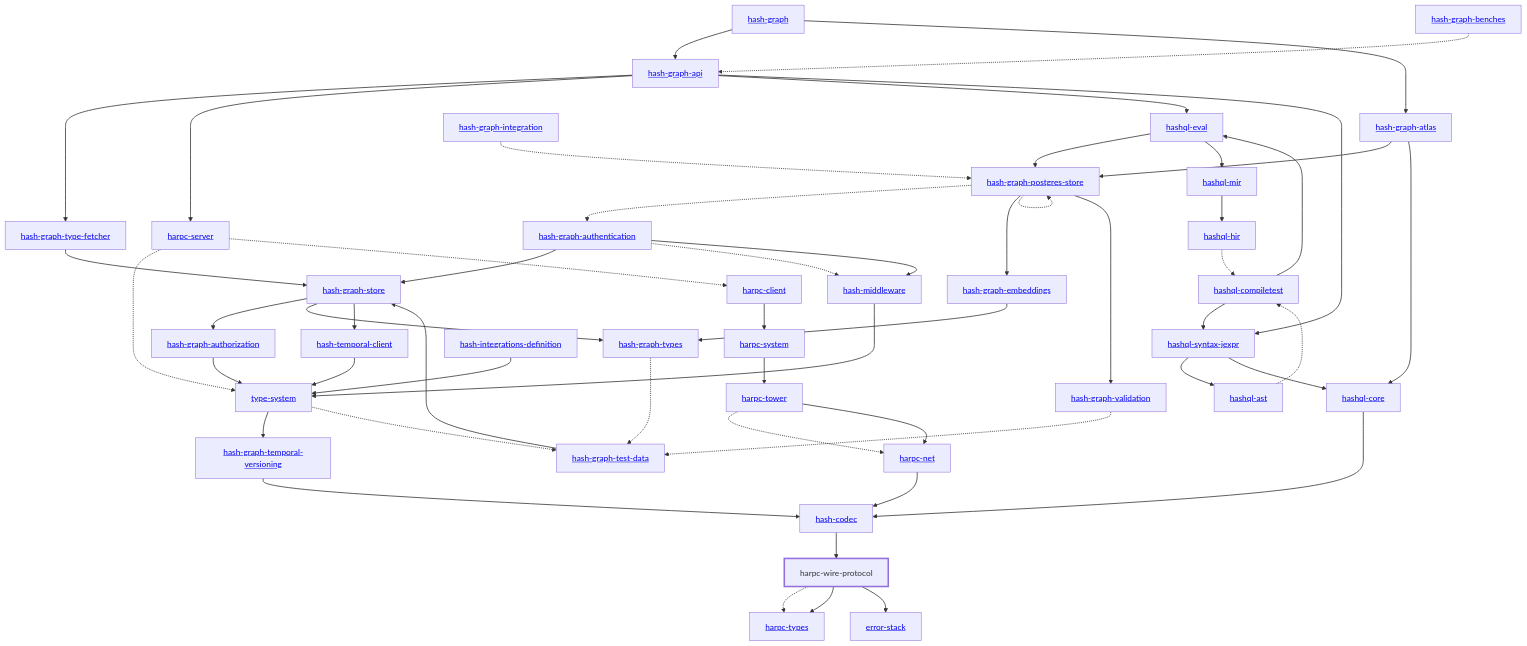
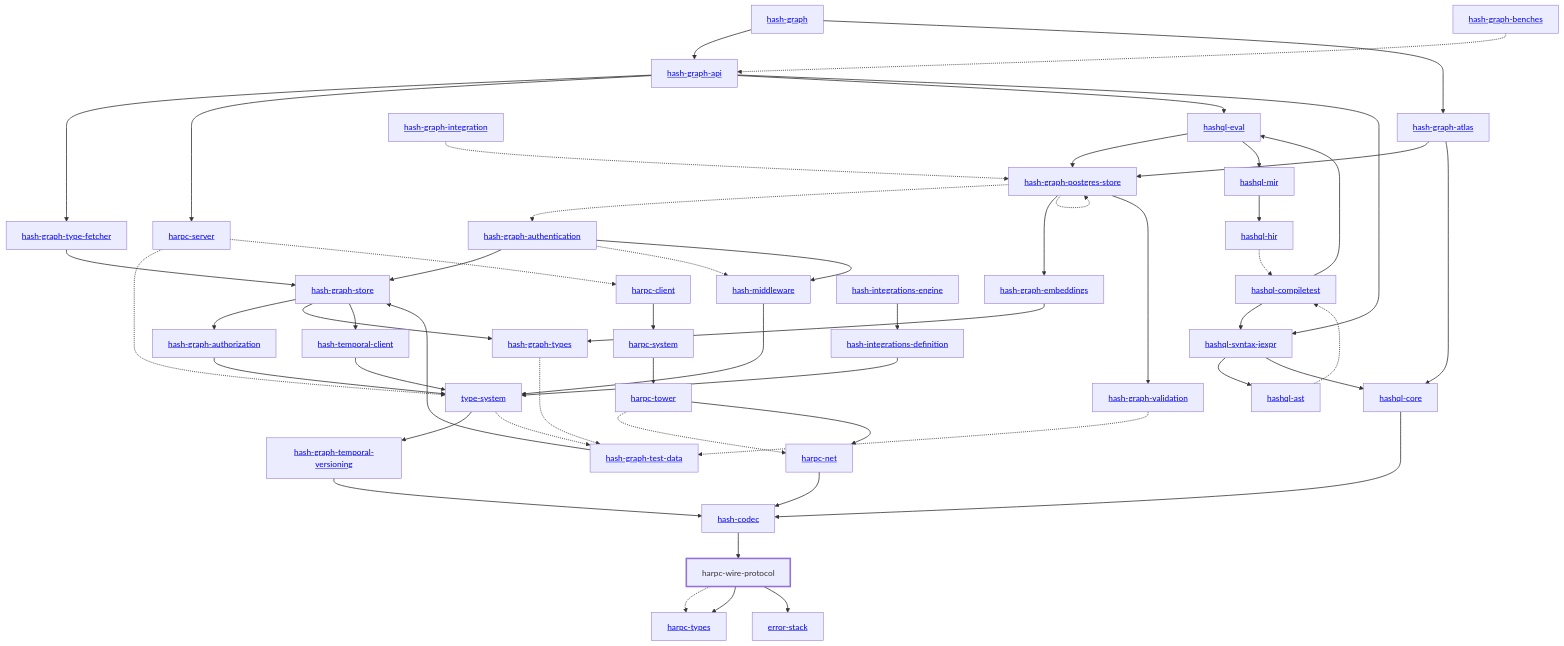
One commit to hashintel/hash changed the diagram in libs/@local/harpc/wire-protocol/docs/dependency-diagram.mmd. Above: the diagram before and after it, drawn with Mermaid. The commit also changed 19 other files, not shown here.

```diff
--- a/libs/@local/harpc/wire-protocol/docs/dependency-diagram.mmd
+++ b/libs/@local/harpc/wire-protocol/docs/dependency-diagram.mmd
@@ -1,99 +1,101 @@
 graph TD
     linkStyle default stroke-width:1.5px
     classDef default stroke-width:1px
     classDef root stroke-width:3px
     classDef dev stroke-width:1px
     classDef build stroke-width:1px
     %% Legend
     %% --> : Normal dependency
     %% -.-> : Dev dependency
     %% ---> : Build dependency
     0[<a href="../hash_graph/index.html">hash-graph</a>]
     1[<a href="../type_system/index.html">type-system</a>]
     2[<a href="../hash_codec/index.html">hash-codec</a>]
     3[<a href="../hash_graph_api/index.html">hash-graph-api</a>]
     4[<a href="../hash_graph_atlas/index.html">hash-graph-atlas</a>]
     5[<a href="../hash_graph_authentication/index.html">hash-graph-authentication</a>]
     6[<a href="../hash_graph_authorization/index.html">hash-graph-authorization</a>]
     7[<a href="../hash_graph_embeddings/index.html">hash-graph-embeddings</a>]
     8[<a href="../hash_graph_postgres_store/index.html">hash-graph-postgres-store</a>]
     9[<a href="../hash_graph_store/index.html">hash-graph-store</a>]
     10[<a href="../hash_graph_temporal_versioning/index.html">hash-graph-temporal-versioning</a>]
     11[<a href="../hash_graph_type_fetcher/index.html">hash-graph-type-fetcher</a>]
     12[<a href="../hash_graph_types/index.html">hash-graph-types</a>]
     13[<a href="../hash_graph_validation/index.html">hash-graph-validation</a>]
     14[<a href="../harpc_client/index.html">harpc-client</a>]
     15[<a href="../harpc_net/index.html">harpc-net</a>]
     16[<a href="../harpc_server/index.html">harpc-server</a>]
     17[<a href="../harpc_system/index.html">harpc-system</a>]
     18[<a href="../harpc_tower/index.html">harpc-tower</a>]
     19[<a href="../harpc_types/index.html">harpc-types</a>]
     20[harpc-wire-protocol]
     class 20 root
     21[<a href="../hashql_ast/index.html">hashql-ast</a>]
     22[<a href="../hashql_compiletest/index.html">hashql-compiletest</a>]
     23[<a href="../hashql_core/index.html">hashql-core</a>]
     24[<a href="../hashql_eval/index.html">hashql-eval</a>]
     25[<a href="../hashql_hir/index.html">hashql-hir</a>]
     26[<a href="../hashql_mir/index.html">hashql-mir</a>]
     27[<a href="../hashql_syntax_jexpr/index.html">hashql-syntax-jexpr</a>]
     28[<a href="../hash_integrations_definition/index.html">hash-integrations-definition</a>]
-    29[<a href="../hash_middleware/index.html">hash-middleware</a>]
-    30[<a href="../hash_temporal_client/index.html">hash-temporal-client</a>]
-    31[<a href="../error_stack/index.html">error-stack</a>]
-    32[<a href="../hash_graph_benches/index.html">hash-graph-benches</a>]
-    33[<a href="../hash_graph_integration/index.html">hash-graph-integration</a>]
-    34[<a href="../hash_graph_test_data/index.html">hash-graph-test-data</a>]
+    29[<a href="../hash_integrations_engine/index.html">hash-integrations-engine</a>]
+    30[<a href="../hash_middleware/index.html">hash-middleware</a>]
+    31[<a href="../hash_temporal_client/index.html">hash-temporal-client</a>]
+    32[<a href="../error_stack/index.html">error-stack</a>]
+    33[<a href="../hash_graph_benches/index.html">hash-graph-benches</a>]
+    34[<a href="../hash_graph_integration/index.html">hash-graph-integration</a>]
+    35[<a href="../hash_graph_test_data/index.html">hash-graph-test-data</a>]
     0 --> 3
     0 --> 4
     1 --> 10
-    1 -.-> 34
+    1 -.-> 35
     2 --> 20
     3 --> 11
     3 --> 16
     3 --> 24
     3 --> 27
     4 --> 8
     4 --> 23
     5 --> 9
-    5 -.-> 29
-    5 --> 29
+    5 -.-> 30
+    5 --> 30
     6 --> 1
     7 --> 12
     8 -.-> 5
     8 --> 7
     8 -.-> 8
     8 --> 13
     9 --> 6
     9 --> 12
-    9 --> 30
+    9 --> 31
     10 --> 2
     11 --> 9
-    12 -.-> 34
-    13 -.-> 34
+    12 -.-> 35
+    13 -.-> 35
     14 --> 17
     15 --> 2
     16 -.-> 1
     16 -.-> 14
     17 --> 18
     18 -.-> 15
     18 --> 15
     20 -.-> 19
     20 --> 19
-    20 --> 31
+    20 --> 32
     21 -.-> 22
     22 --> 24
     22 --> 27
     23 --> 2
     24 --> 8
     24 --> 26
     25 -.-> 22
     26 --> 25
     27 --> 21
     27 --> 23
     28 --> 1
-    29 --> 1
+    29 --> 28
     30 --> 1
-    32 -.-> 3
-    33 -.-> 8
-    34 --> 9
+    31 --> 1
+    33 -.-> 3
+    34 -.-> 8
+    35 --> 9
```
